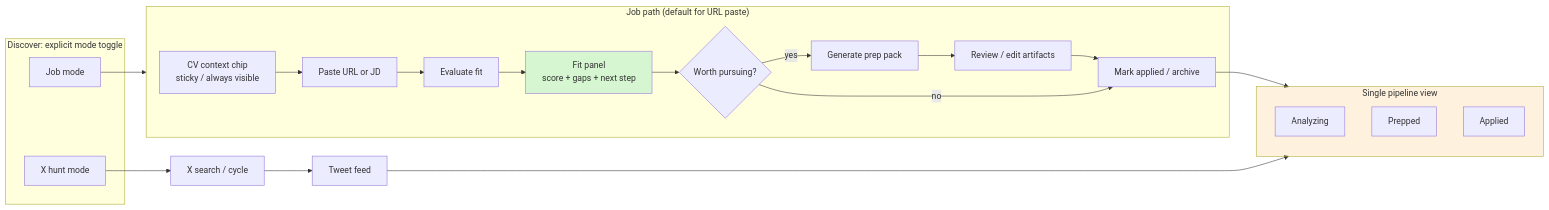
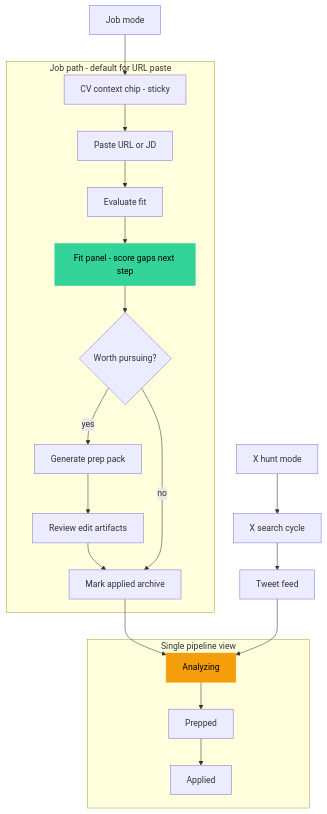
One commit to p10ns11y/collab-finder changed the third of 6 diagrams in reports/ux-review-v0.1-dogfood.md. Above: the diagram before and after it, drawn with Mermaid. The commit also changed other lines of this file and 3 other files, not shown here.

First line of the commit message:
docs(reports): add tech debt deep dive and fix Mermaid diagram compatibility

````diff
--- a/reports/ux-review-v0.1-dogfood.md
+++ b/reports/ux-review-v0.1-dogfood.md
@@ -156,37 +156,37 @@
 ```mermaid
-flowchart LR
-  subgraph Mode["Discover: explicit mode toggle"]
-    JM[Job mode]
-    XM[X hunt mode]
-  end
+flowchart TB
+  JM[Job mode]
+  XM[X hunt mode]
 
-  subgraph JobPath["Job path (default for URL paste)"]
-    A1[CV context chip<br/>sticky / always visible]
+  subgraph JobPath["Job path - default for URL paste"]
+    A1["CV context chip - sticky"]
     A2[Paste URL or JD]
     A3[Evaluate fit]
-    A4[Fit panel<br/>score + gaps + next step]
+    A4["Fit panel - score gaps next step"]
     A5{Worth pursuing?}
     A6[Generate prep pack]
-    A7[Review / edit artifacts]
-    A8[Mark applied / archive]
+    A7["Review edit artifacts"]
+    A8["Mark applied archive"]
   end
 
   subgraph Pipeline["Single pipeline view"]
     P1[Analyzing]
     P2[Prepped]
     P3[Applied]
   end
 
-  JM --> JobPath
+  B1[X search cycle]
+  B2[Tweet feed]
+
+  JM --> A1
   A1 --> A2 --> A3 --> A4 --> A5
   A5 -->|yes| A6 --> A7 --> A8
   A5 -->|no| A8
-  A8 --> Pipeline
+  A8 --> P1
+  P1 --> P2 --> P3
 
-  XM --> B1[X search / cycle]
-  B1 --> B2[Tweet feed]
-  B2 --> Pipeline
+  XM --> B1 --> B2 --> P1
 
-  style A4 fill:#34d39933
-  style Pipeline fill:#f59e0b22
+  style A4 fill:#34d399,stroke:#34d399,color:#000
+  style P1 fill:#f59e0b,stroke:#f59e0b,color:#000
 ```
````
